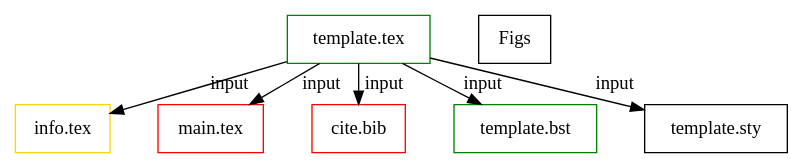
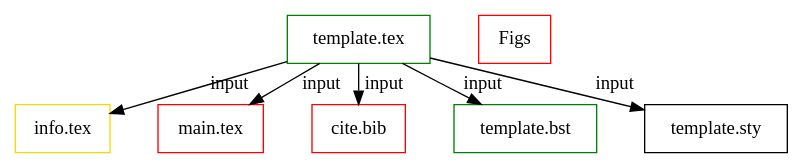
One commit to bwtian/texTemplate changed the diagram in texTemplate.org. Above: the diagram before and after it, drawn with Graphviz. The commit also changed other lines of this file, not shown here.

Commit message:
/ ‘texTemplate.org’

```diff
--- a/texTemplate.org
+++ b/texTemplate.org
@@ -4,22 +4,22 @@
 #+BEGIN_SRC dot :file ./texTemplate.svg 
 digraph { 
 fontname="Times"; 
 fontsize = 12; 
 splines = false; 
 ranksep = 0.2; 
 nodesep = 0.5; 
 node [shape = box] 
 //1. set node 
 temp [label = "template.tex", color = green]
 info [label = "info.tex", color = gold]
 main [label = "main.tex", color = red]
 bib [label = "cite.bib", color = red]
 bst [label = "template.bst", color = green]
 sty [label = "template.sty"]
-fig [label = "Figs", fill = true]
+fig [label = "Figs", color=red, fill = true]
 //2. set path 
 temp -> {info,main, bib, bst, sty} [label = input]
 //3. set rank 
 
 }
 #+END_SRC
```
